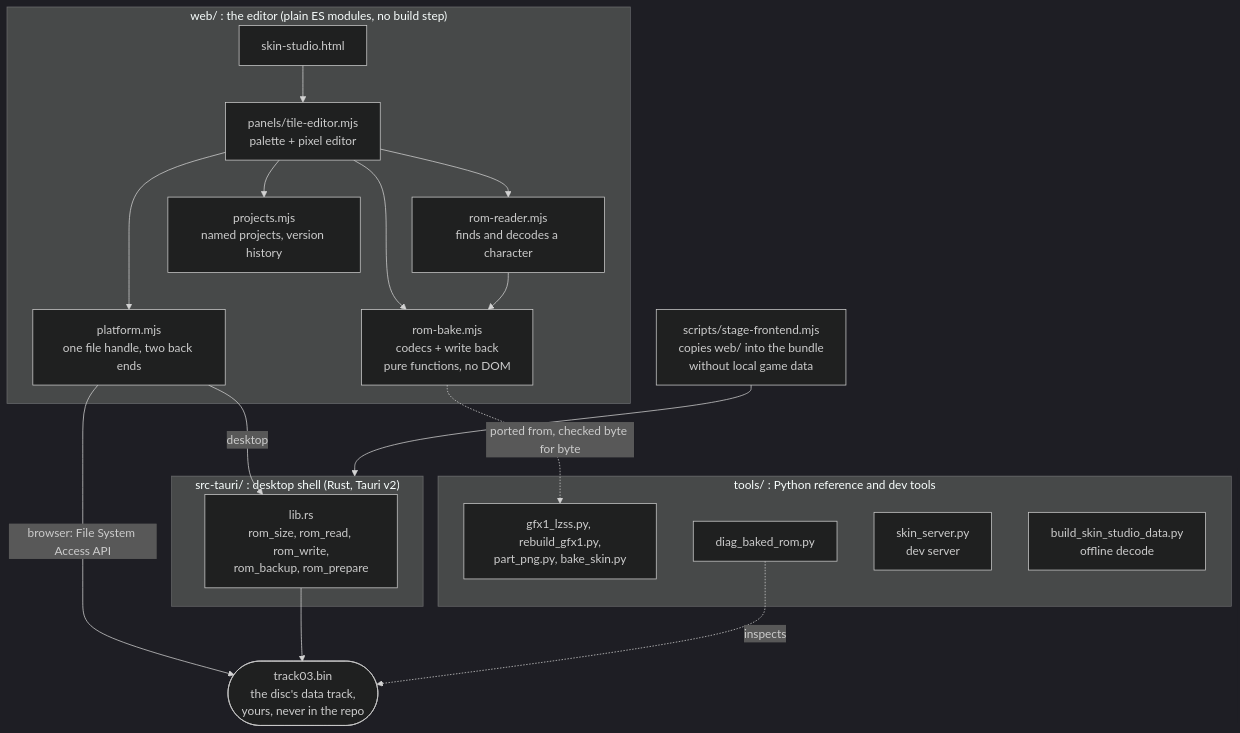
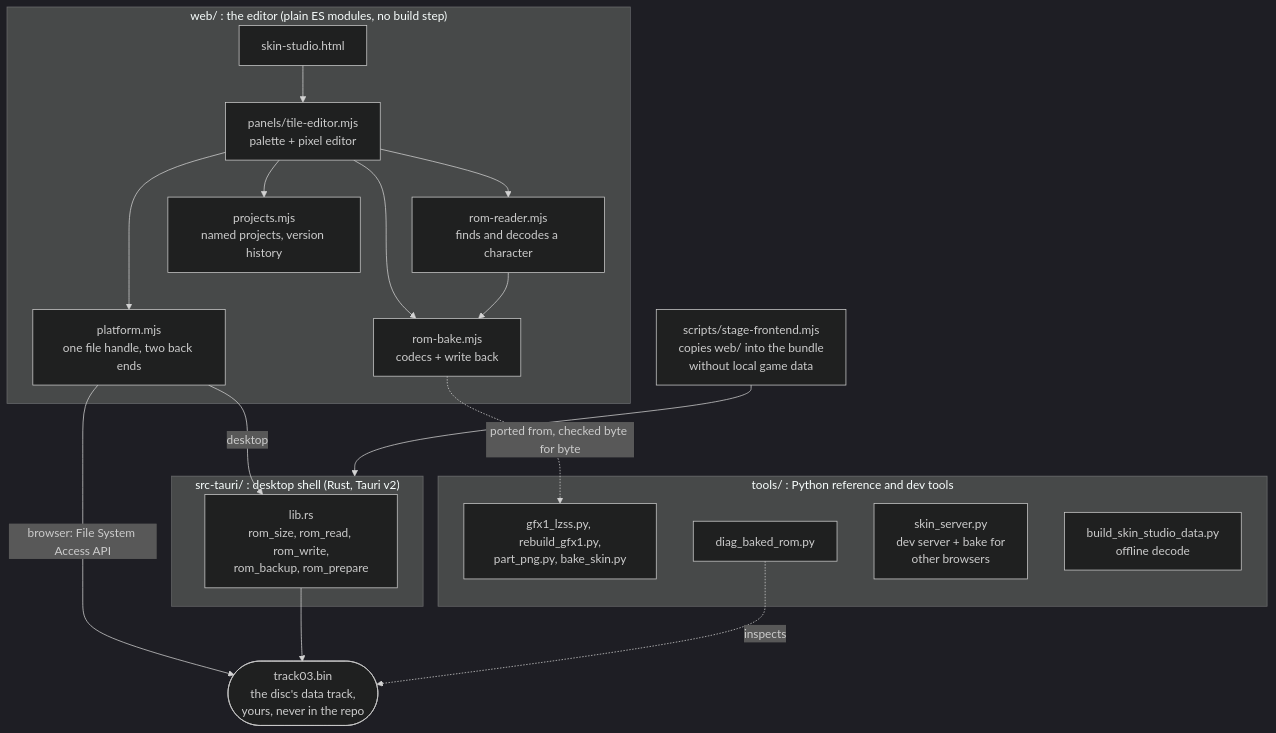
The first of 2 diagrams in docs/FLOORPLAN.md (t3chnicallyinclined/mvc2-skin-studio), drawn with Mermaid (dark theme) before and after one commit. The commit also changed other lines of this file, not shown here.

````diff
--- a/docs/FLOORPLAN.md
+++ b/docs/FLOORPLAN.md
@@ -21,39 +24,39 @@
 ```mermaid
 flowchart TB
   rom(["track03.bin<br/>the disc's data track,<br/>yours, never in the repo"])
 
   subgraph SHELL["src-tauri/ : desktop shell (Rust, Tauri v2)"]
     cmds["lib.rs<br/>rom_size, rom_read, rom_write,<br/>rom_backup, rom_prepare"]
   end
 
   subgraph WEB["web/ : the editor (plain ES modules, no build step)"]
     plat["platform.mjs<br/>one file handle, two back ends"]
     reader["rom-reader.mjs<br/>finds and decodes a character"]
-    bake["rom-bake.mjs<br/>codecs + write back<br/>pure functions, no DOM"]
+    bake["rom-bake.mjs<br/>codecs + write back"]
     editor["panels/tile-editor.mjs<br/>palette + pixel editor"]
     proj["projects.mjs<br/>named projects, version history"]
     page["skin-studio.html"]
   end
 
   subgraph PY["tools/ : Python reference and dev tools"]
     ref["gfx1_lzss.py, rebuild_gfx1.py,<br/>part_png.py, bake_skin.py"]
     diag["diag_baked_rom.py"]
-    srv["skin_server.py<br/>dev server"]
+    srv["skin_server.py<br/>dev server + bake for<br/>other browsers"]
     data["build_skin_studio_data.py<br/>offline decode"]
   end
 
   stage["scripts/stage-frontend.mjs<br/>copies web/ into the bundle<br/>without local game data"]
 
   page --> editor
   editor --> reader
   editor --> bake
   editor --> proj
   editor --> plat
   reader --> bake
   plat -->|desktop| cmds
   plat -->|"browser: File System Access API"| rom
   cmds --> rom
   bake -.->|ported from, checked byte for byte| ref
   diag -.->|inspects| rom
   stage --> SHELL
 ```
````
